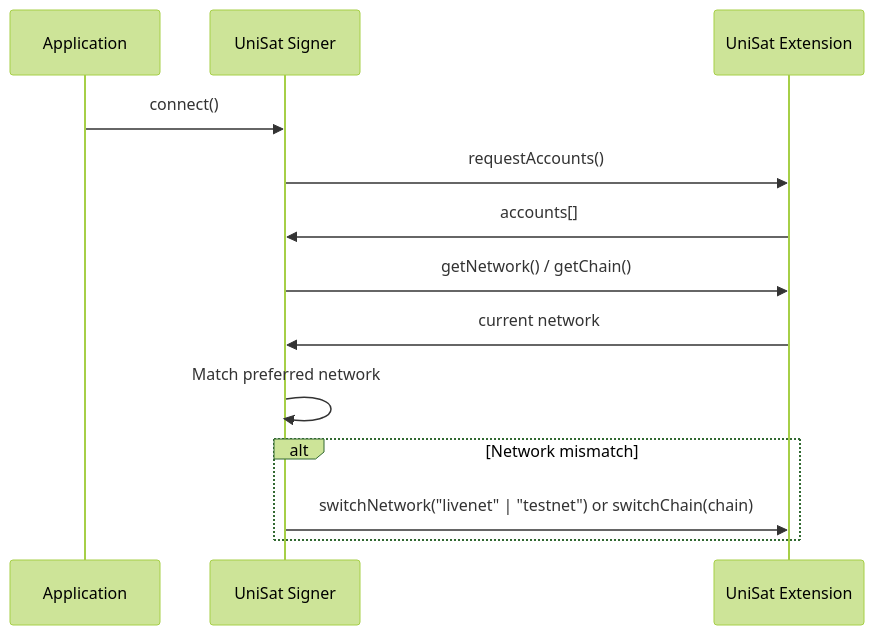
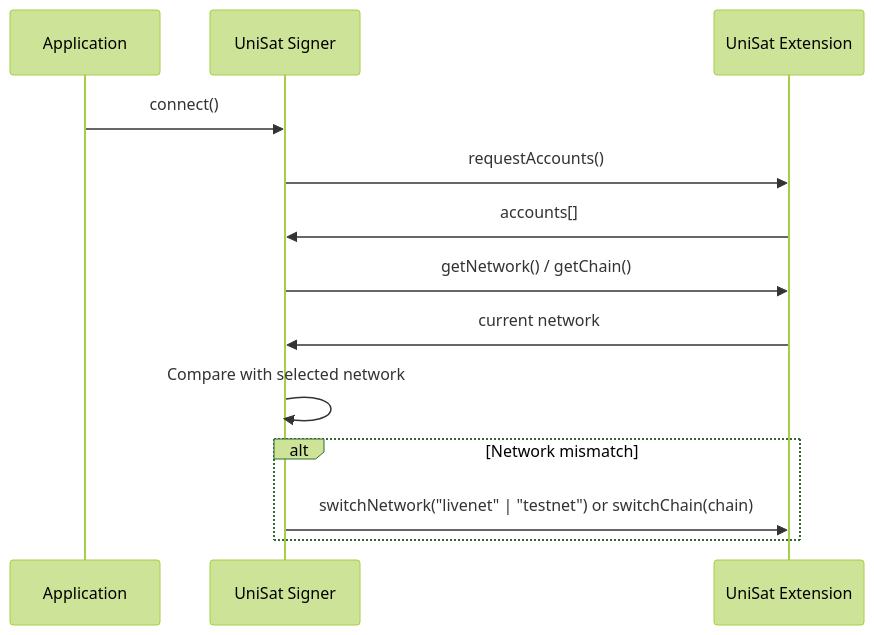
One commit to ckb-devrel/ccc changed the third of 4 diagrams in packages/docs/content/docs/packages/wallet-integrations/uni-sat.mdx. Above: the diagram before and after it, drawn with Mermaid (forest theme). The commit also changed other lines of this file and 18 other files, not shown here.

````diff
--- a/packages/docs/content/docs/packages/wallet-integrations/uni-sat.mdx
+++ b/packages/docs/content/docs/packages/wallet-integrations/uni-sat.mdx
@@ -101,16 +96,16 @@
 ```mermaid
 sequenceDiagram
     participant App as Application
     participant Signer as UniSat Signer
     participant Wallet as UniSat Extension
 
     App->>Signer: connect()
     Signer->>Wallet: requestAccounts()
     Wallet->>Signer: accounts[]
     Signer->>Wallet: getNetwork() / getChain()
     Wallet->>Signer: current network
-    Signer->>Signer: Match preferred network
+    Signer->>Signer: Compare with selected network
     alt Network mismatch
         Signer->>Wallet: switchNetwork("livenet" | "testnet") or switchChain(chain)
     end
 ```
````
